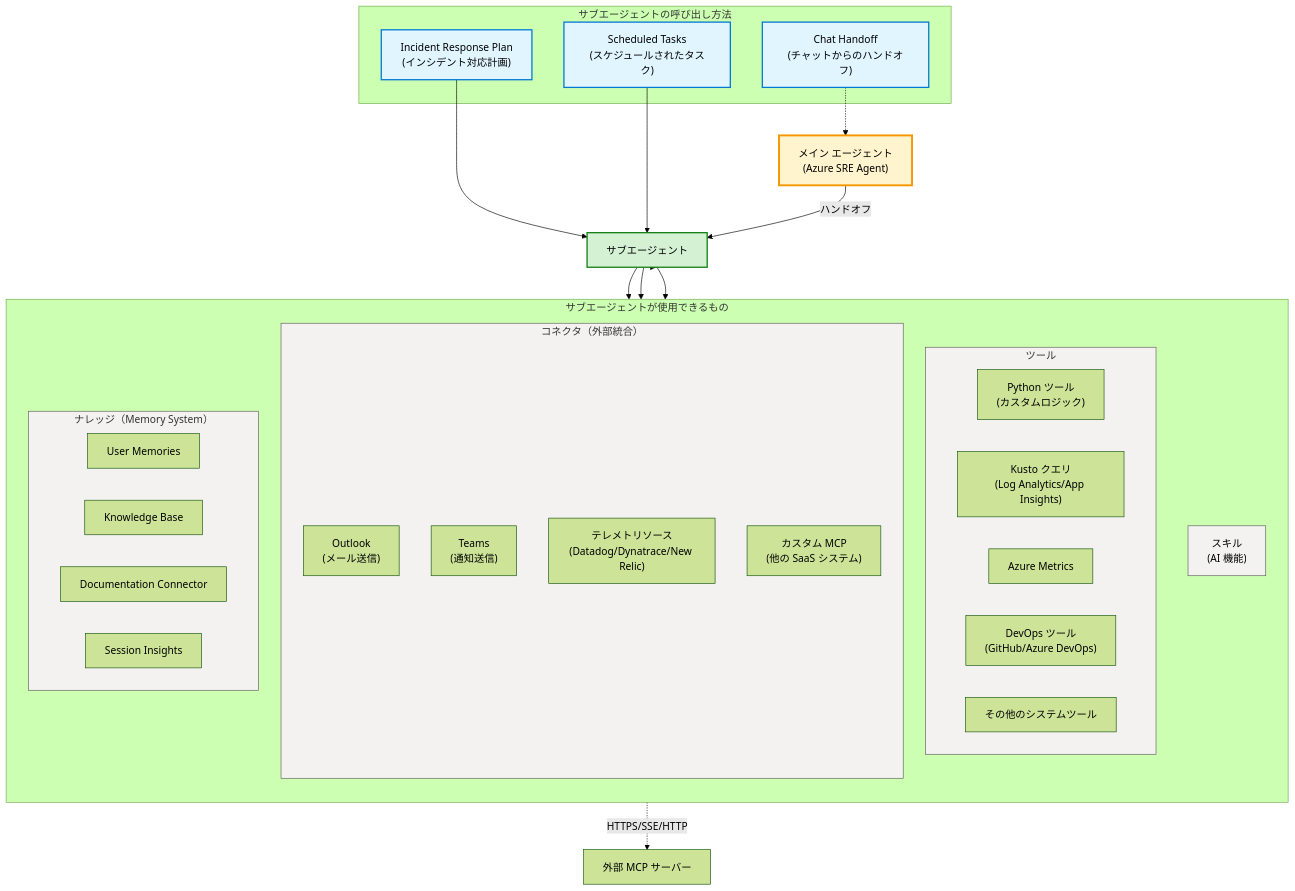
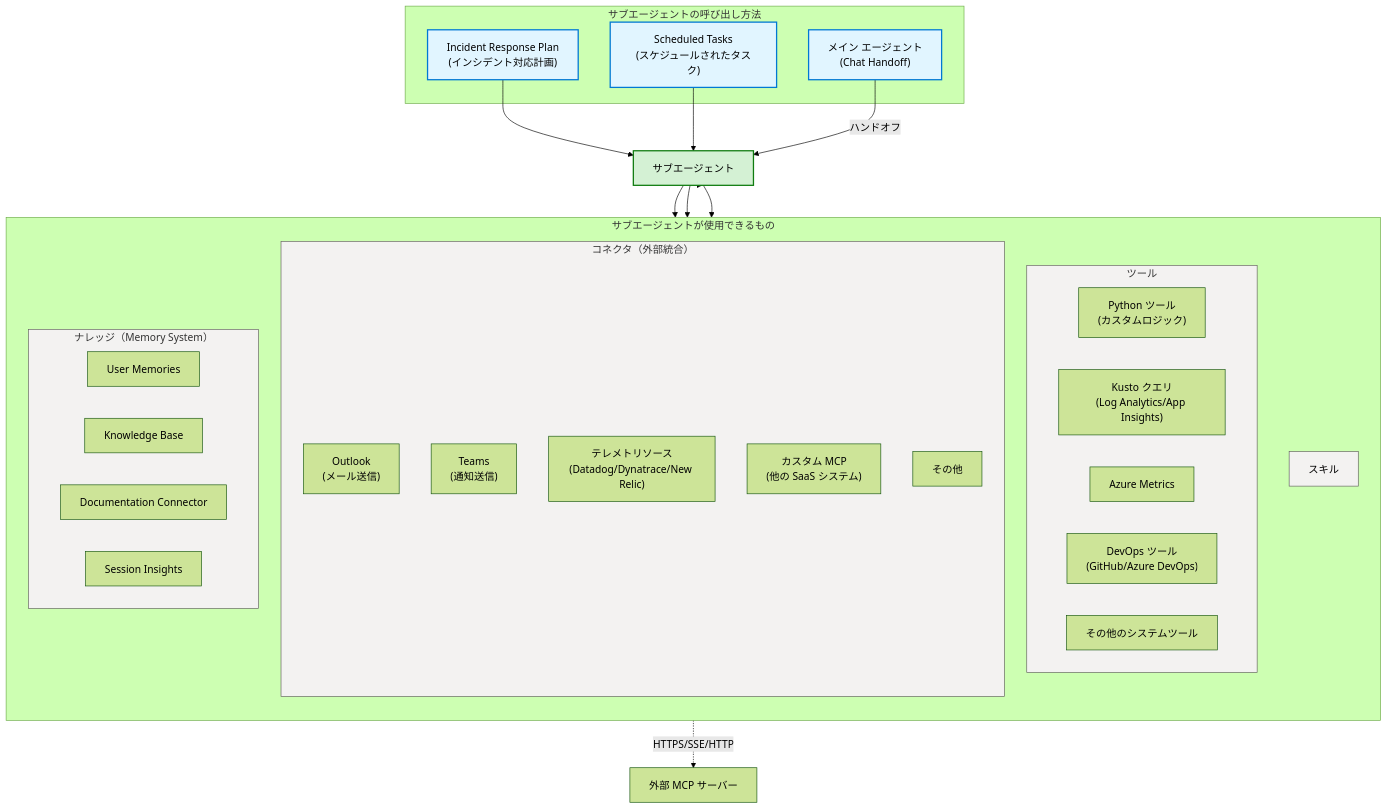
Diagram 11 of 16 in content/posts/ja-jp/sre-agent-planning.md (TakumiSeo/Tech-BLOG), drawn with Mermaid (forest theme) before and after one commit. The commit also changed 1 other file, not shown here.

Commit message:
スキル

````diff
--- a/content/posts/ja-jp/sre-agent-planning.md
+++ b/content/posts/ja-jp/sre-agent-planning.md
@@ -892,60 +892,57 @@
 ```mermaid
 flowchart TD
   subgraph Triggers["サブエージェントの呼び出し方法"]
     IRP["Incident Response Plan\n(インシデント対応計画)"]
     Schedule["Scheduled Tasks\n(スケジュールされたタスク)"]
-    Chat["Chat Handoff\n(チャットからのハンドオフ)"]
+    Main["メイン エージェント\n(Chat Handoff)"]
   end
   
-  Main["メイン エージェント\n(Azure SRE Agent)"]
-  
-  IRP --> Sub
+  IRP --> Sub["サブエージェント"]
   Schedule --> Sub
-  Main -->|ハンドオフ| Sub["サブエージェント"]
-  Chat -.-> Main
+  Main -->|ハンドオフ| Sub
   
   subgraph SubAgentCapabilities["サブエージェントが使用できるもの"]
     direction TB
     
     subgraph Tools["ツール"]
       Python["Python ツール\n(カスタムロジック)"]
       Kusto["Kusto クエリ\n(Log Analytics/App Insights)"]
       Metrics["Azure Metrics"]
       DevOps["DevOps ツール\n(GitHub/Azure DevOps)"]
       OtherTools["その他のシステムツール"]
     end
     
-    Skills["スキル\n(AI 機能)"]
+    Skills["スキル"]
     
     subgraph Connectors["コネクタ（外部統合）"]
       Outlook["Outlook\n(メール送信)"]
       Teams["Teams\n(通知送信)"]
       Telemetry["テレメトリソース\n(Datadog/Dynatrace/New Relic)"]
       MCP["カスタム MCP\n(他の SaaS システム)"]
+      OtherConn["その他"]
     end
     
     subgraph Knowledge["ナレッジ（Memory System）"]
       UserMem["User Memories"]
       KB["Knowledge Base"]
       DocConn["Documentation Connector"]
       SessionIns["Session Insights"]
     end
   end
   
   Sub --> Tools
   Sub --> Skills
   Sub --> Connectors
   Sub --> Knowledge
   
   MCP -.->|HTTPS/SSE/HTTP| External["外部 MCP サーバー"]
   
   classDef triggerStyle fill:#e1f5ff,stroke:#0078d4,stroke-width:2px
   classDef mainStyle fill:#fff4ce,stroke:#f59700,stroke-width:3px
   classDef subStyle fill:#d4f1d4,stroke:#107c10,stroke-width:2px
   classDef capabilityStyle fill:#f3f2f1,stroke:#605e5c,stroke-width:1px
   
-  class IRP,Schedule,Chat triggerStyle
-  class Main mainStyle
+  class IRP,Schedule,Main triggerStyle
   class Sub subStyle
   class Tools,Skills,Connectors,Knowledge capabilityStyle
 ```
````
